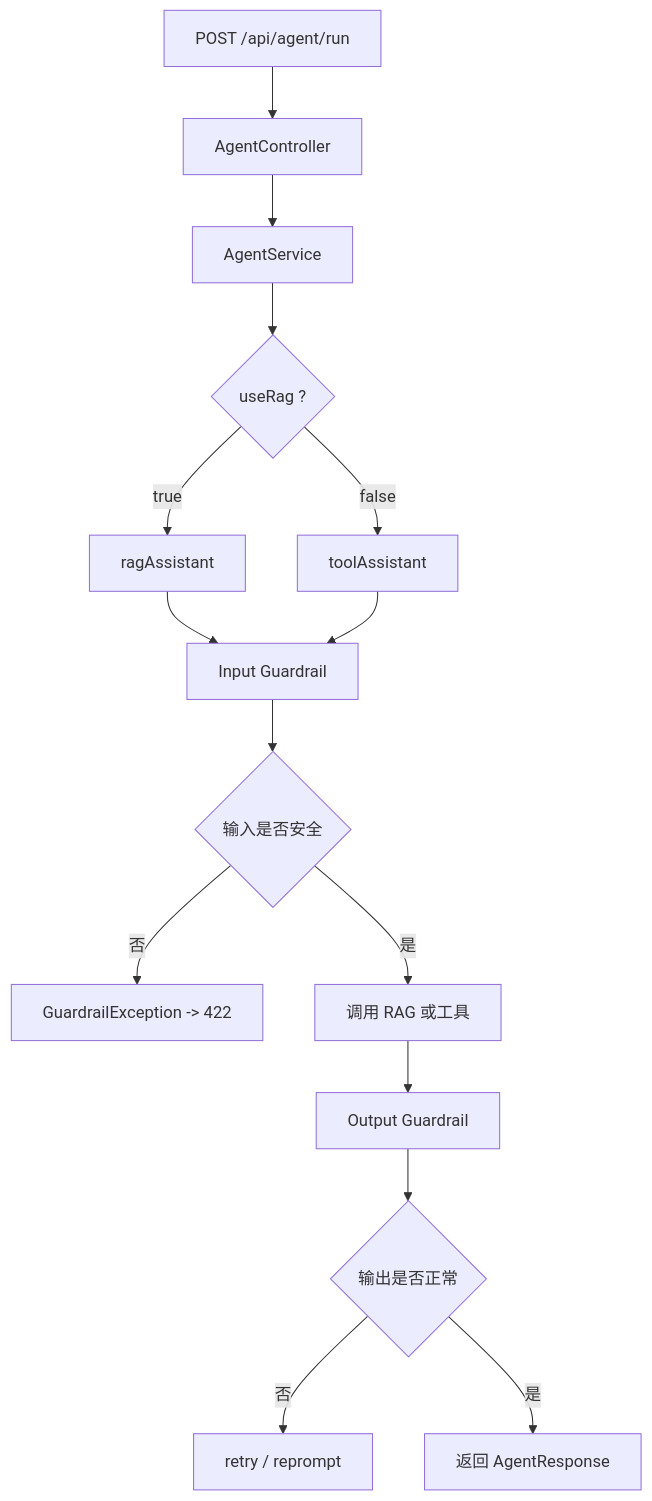
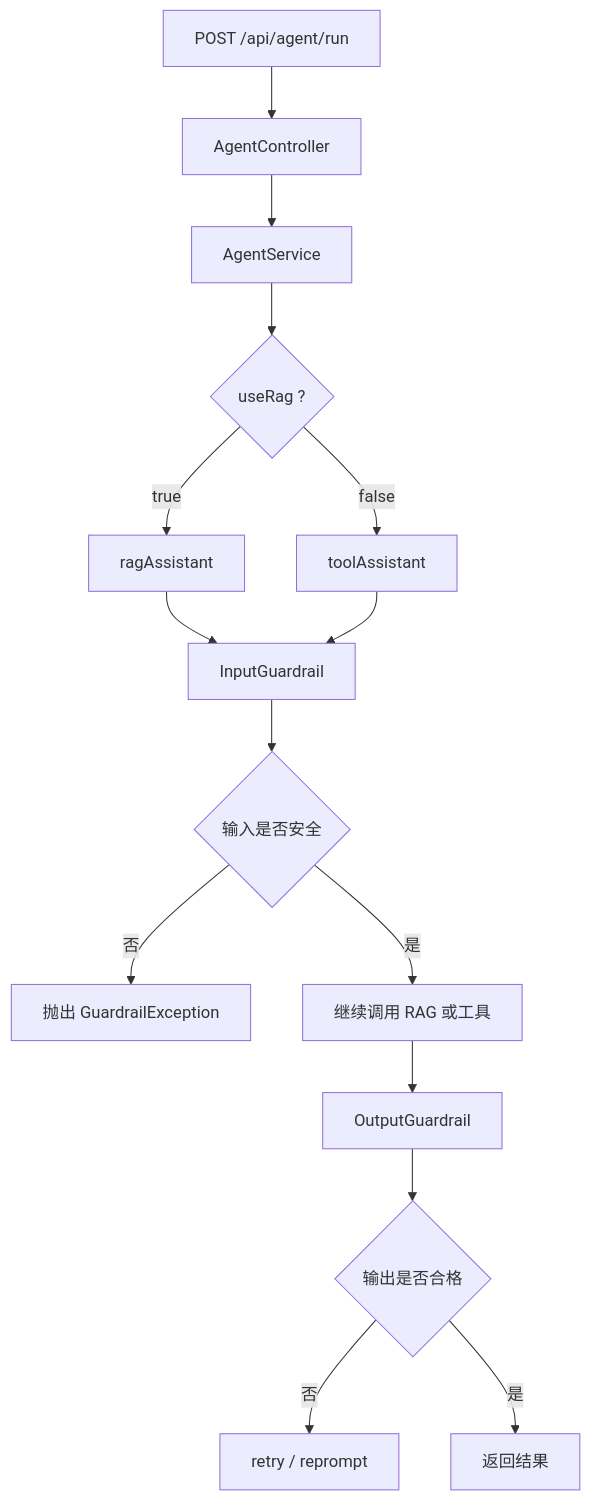
The diagram in doc/护栏机制学习笔记.md (AstrayZJT/agent_demo), drawn with Mermaid before and after one commit. The commit also changed other lines of this file and 1 other file, not shown here.

Commit message:
docs: sync guardrail notes

````diff
--- a/doc/护栏机制学习笔记.md
+++ b/doc/护栏机制学习笔记.md
@@ -43,17 +46,17 @@
 ```mermaid
 flowchart TD
     A["POST /api/agent/run"] --> B["AgentController"]
     B --> C["AgentService"]
     C --> D{"useRag ?"}
     D -->|true| E["ragAssistant"]
     D -->|false| F["toolAssistant"]
-    E --> G["Input Guardrail"]
+    E --> G["InputGuardrail"]
     F --> G
     G --> H{"输入是否安全"}
-    H -->|否| I["GuardrailException -> 422"]
-    H -->|是| J["调用 RAG 或工具"]
-    J --> K["Output Guardrail"]
-    K --> L{"输出是否正常"}
+    H -->|否| I["抛出 GuardrailException"]
+    H -->|是| J["继续调用 RAG 或工具"]
+    J --> K["OutputGuardrail"]
+    K --> L{"输出是否合格"}
     L -->|否| M["retry / reprompt"]
-    L -->|是| N["返回 AgentResponse"]
+    L -->|是| N["返回结果"]
 ```
````
